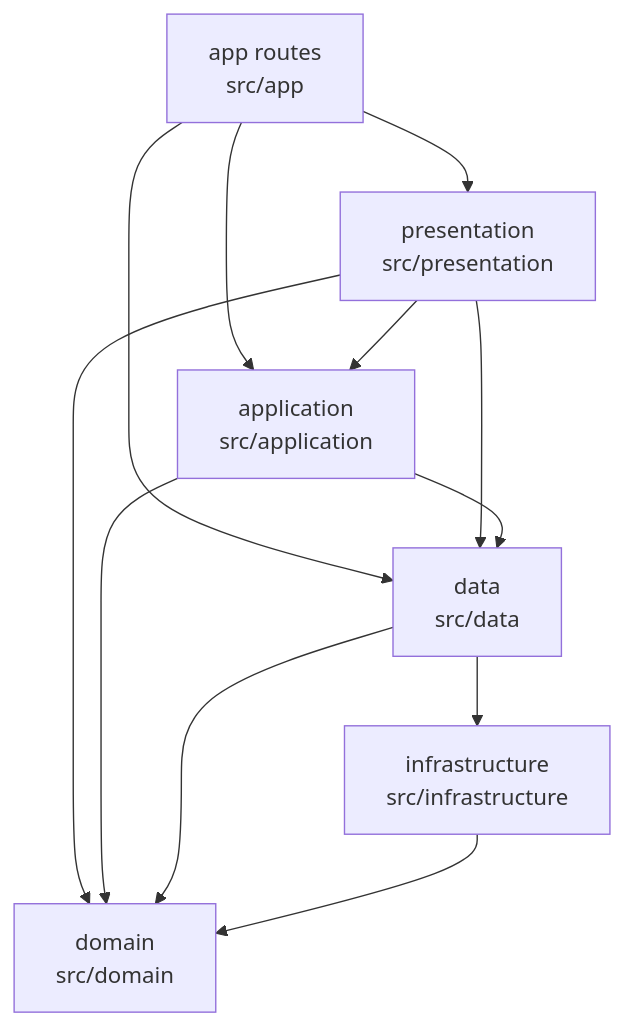
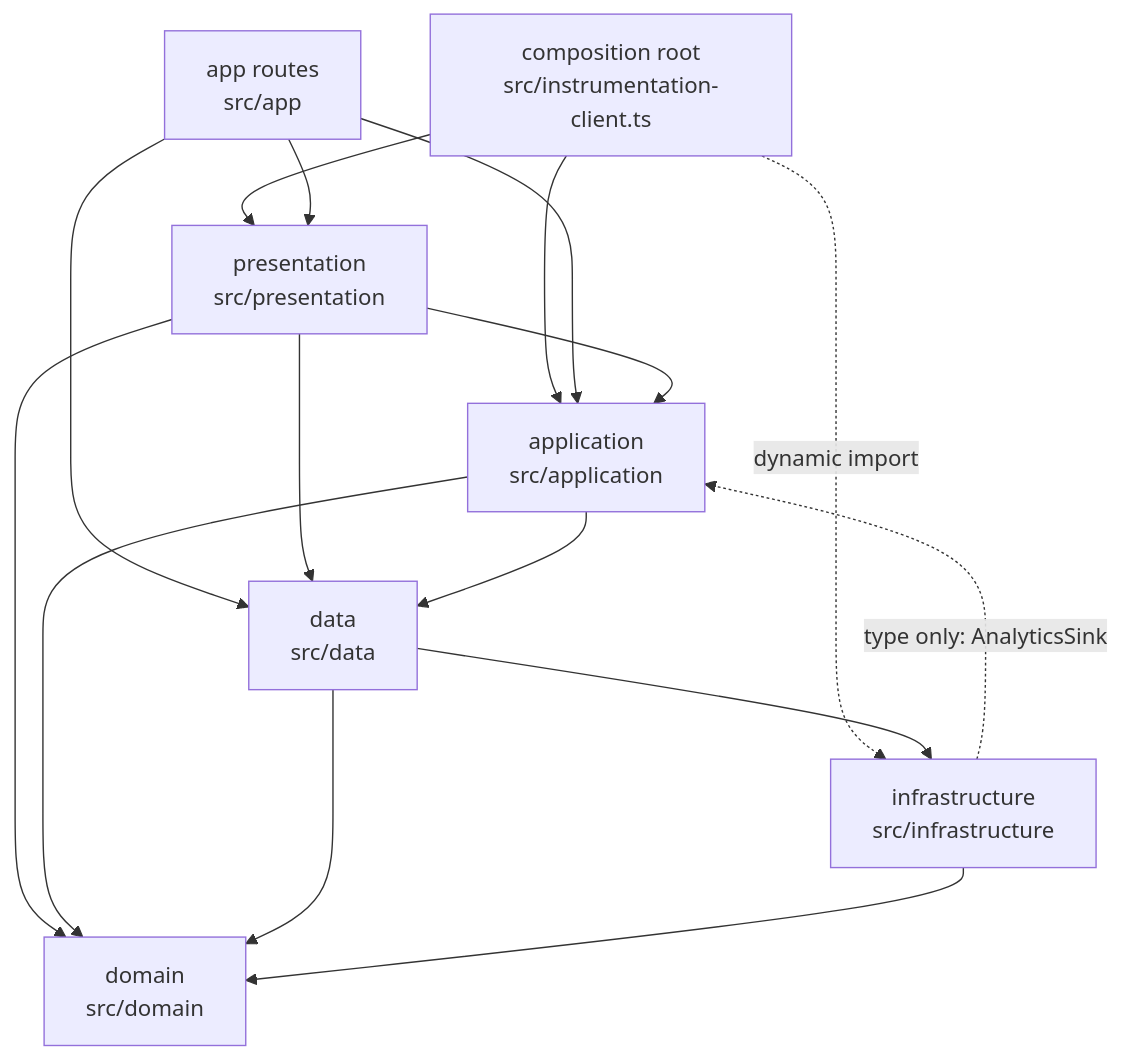
Before and after one commit to AttilaRibar/UniversityBuildingNavigation: the first of 2 diagrams in docs/ARCHITECTURE.md, drawn with Mermaid. The commit also changed other lines of this file and 7 other files, not shown here.

````diff
--- a/docs/ARCHITECTURE.md
+++ b/docs/ARCHITECTURE.md
@@ -20,21 +21,26 @@
 ```mermaid
 flowchart TD
+    root["composition root<br/>src/instrumentation-client.ts"]
     app["app routes<br/>src/app"]
     pres["presentation<br/>src/presentation"]
     appl["application<br/>src/application"]
     data["data<br/>src/data"]
     infra["infrastructure<br/>src/infrastructure"]
     dom["domain<br/>src/domain"]
 
+    root --> appl
+    root --> pres
+    root -. "dynamic import" .-> infra
     app --> pres
     app --> appl
     app --> data
     pres --> appl
     pres --> data
     pres --> dom
     appl --> data
     appl --> dom
     data --> infra
     data --> dom
     infra --> dom
+    infra -. "type only: AnalyticsSink" .-> appl
 ```
````
